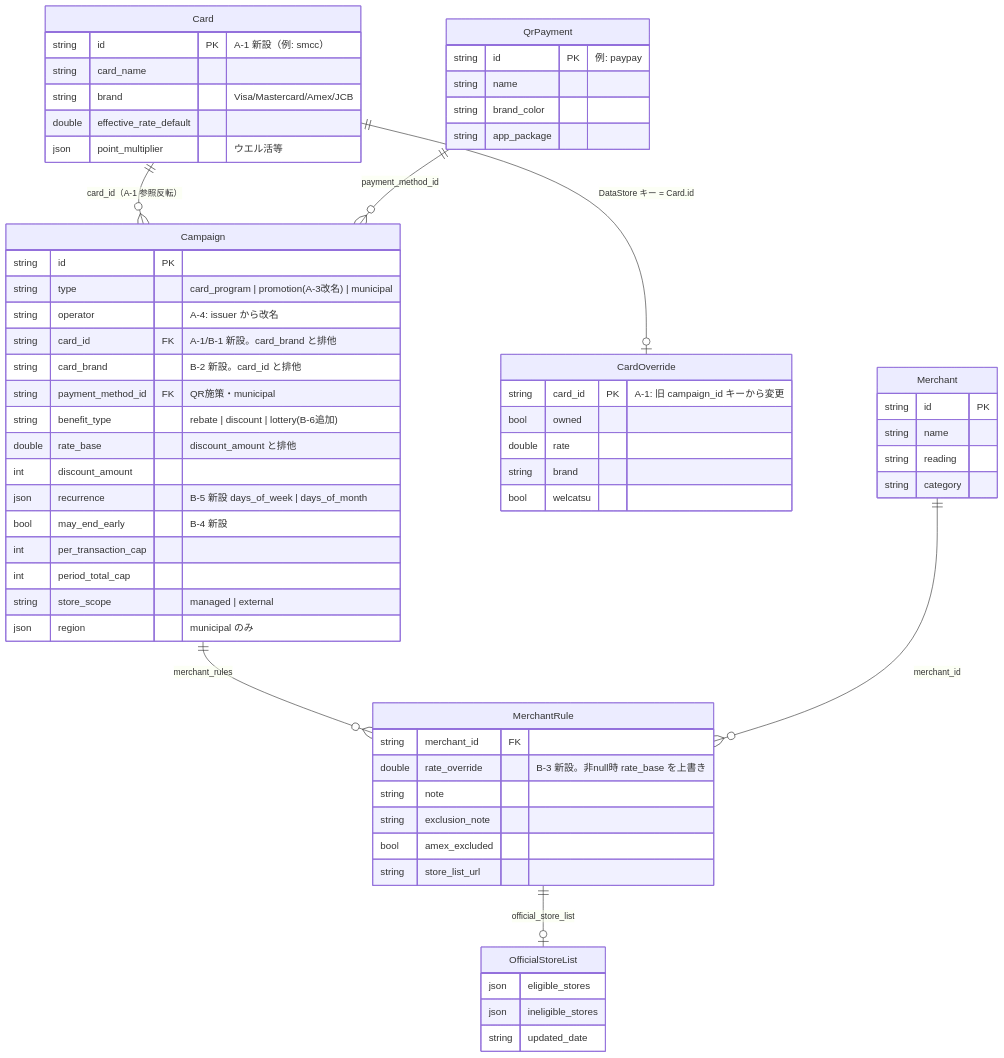
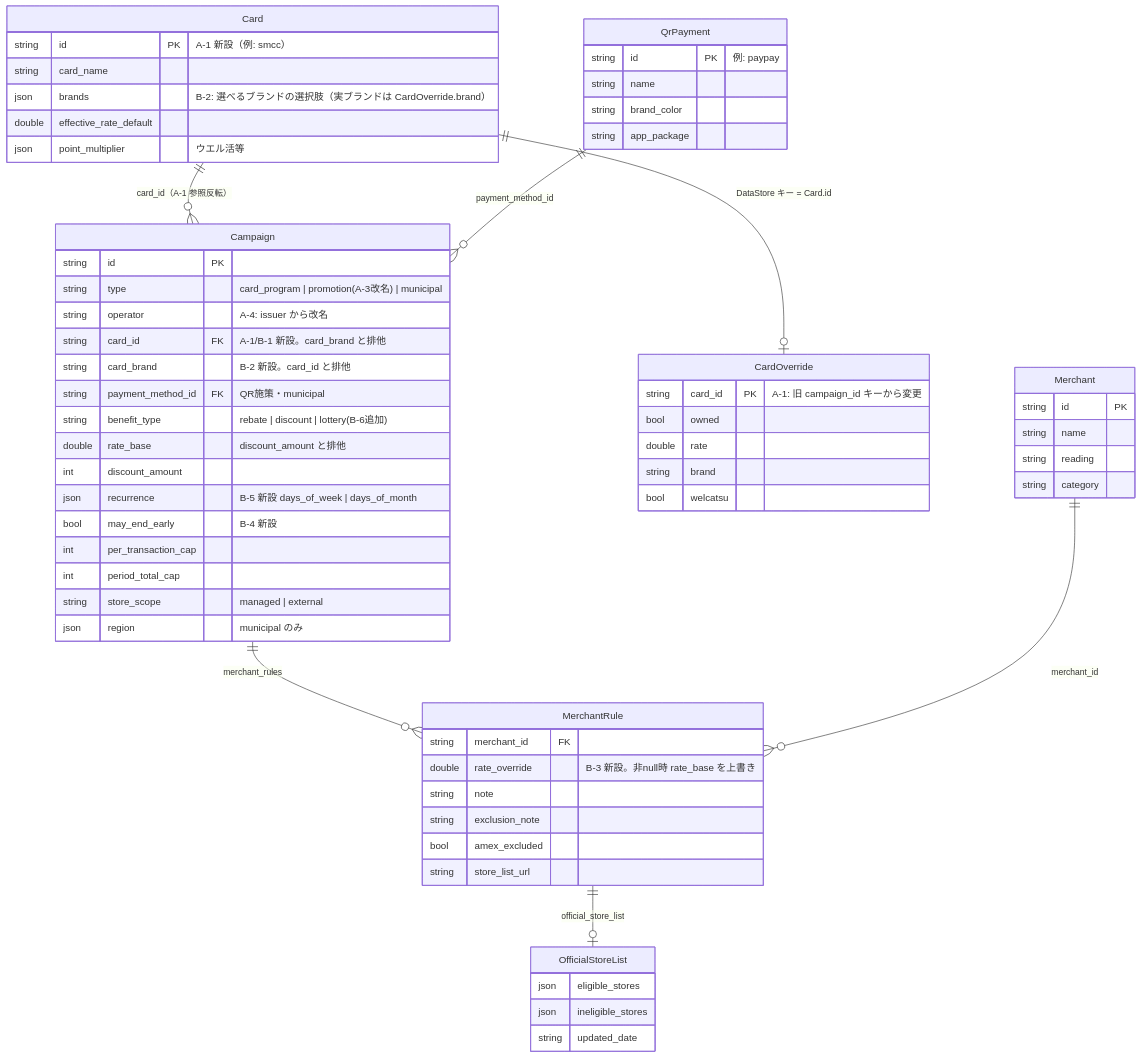
Before and after one commit to ktakjm/poikatsu: the diagram in docs/schema-refresh-plan.md, drawn with Mermaid. The commit also changed other lines of this file and 14 other files, not shown here.

First line of the commit message:
feat: スキーマ拡張: promotion カード紐付け・card_brand・rate_override・may_end_early・recurrence・lottery (#35)

````diff
--- a/docs/schema-refresh-plan.md
+++ b/docs/schema-refresh-plan.md
@@ -62,66 +73,66 @@
 ```mermaid
 erDiagram
     Card ||--o{ Campaign : "card_id（A-1 参照反転）"
     QrPayment ||--o{ Campaign : "payment_method_id"
     Card ||--o| CardOverride : "DataStore キー = Card.id"
     Campaign ||--o{ MerchantRule : "merchant_rules"
     Merchant ||--o{ MerchantRule : "merchant_id"
     MerchantRule ||--o| OfficialStoreList : "official_store_list"
 
     Card {
         string id PK "A-1 新設（例: smcc）"
         string card_name
-        string brand "Visa/Mastercard/Amex/JCB"
+        json brands "B-2: 選べるブランドの選択肢（実ブランドは CardOverride.brand）"
         double effective_rate_default
         json point_multiplier "ウエル活等"
     }
     QrPayment {
         string id PK "例: paypay"
         string name
         string brand_color
         string app_package
     }
     CardOverride {
         string card_id PK "A-1: 旧 campaign_id キーから変更"
         bool owned
         double rate
         string brand
         bool welcatsu
     }
     Campaign {
         string id PK
         string type "card_program | promotion(A-3改名) | municipal"
         string operator "A-4: issuer から改名"
         string card_id FK "A-1/B-1 新設。card_brand と排他"
         string card_brand "B-2 新設。card_id と排他"
         string payment_method_id FK "QR施策・municipal"
         string benefit_type "rebate | discount | lottery(B-6追加)"
         double rate_base "discount_amount と排他"
         int discount_amount
         json recurrence "B-5 新設 days_of_week | days_of_month"
         bool may_end_early "B-4 新設"
         int per_transaction_cap
         int period_total_cap
         string store_scope "managed | external"
         json region "municipal のみ"
     }
     MerchantRule {
         string merchant_id FK
         double rate_override "B-3 新設。非null時 rate_base を上書き"
         string note
         string exclusion_note
         bool amex_excluded
         string store_list_url
     }
     Merchant {
         string id PK
         string name
         string reading
         string category
     }
     OfficialStoreList {
         json eligible_stores
         json ineligible_stores
         string updated_date
     }
 ```
````
